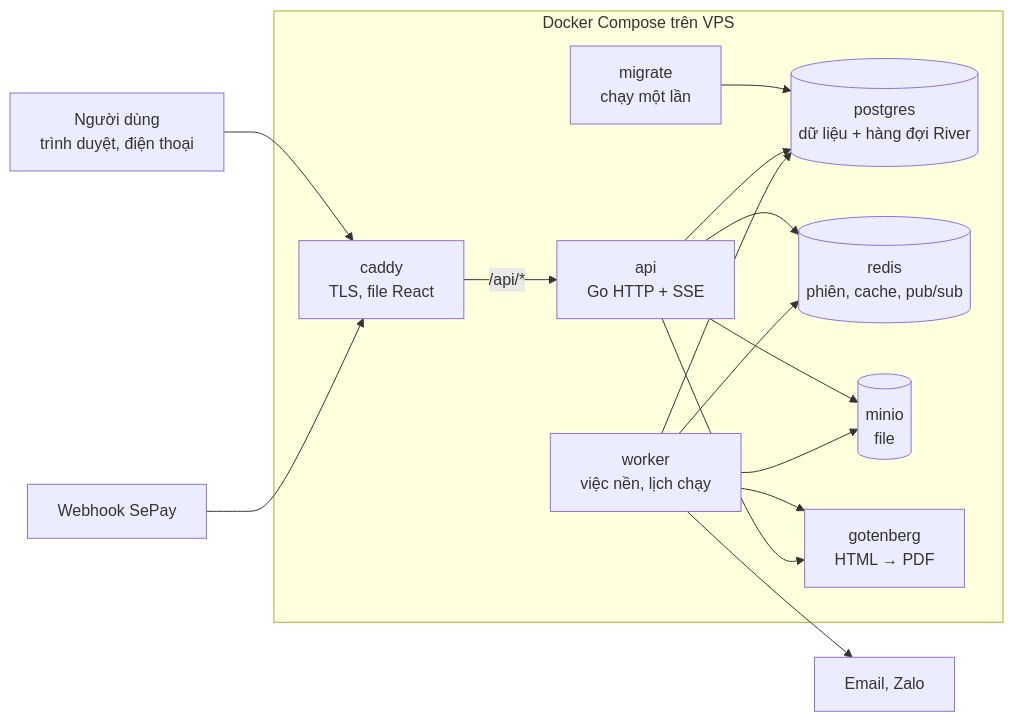
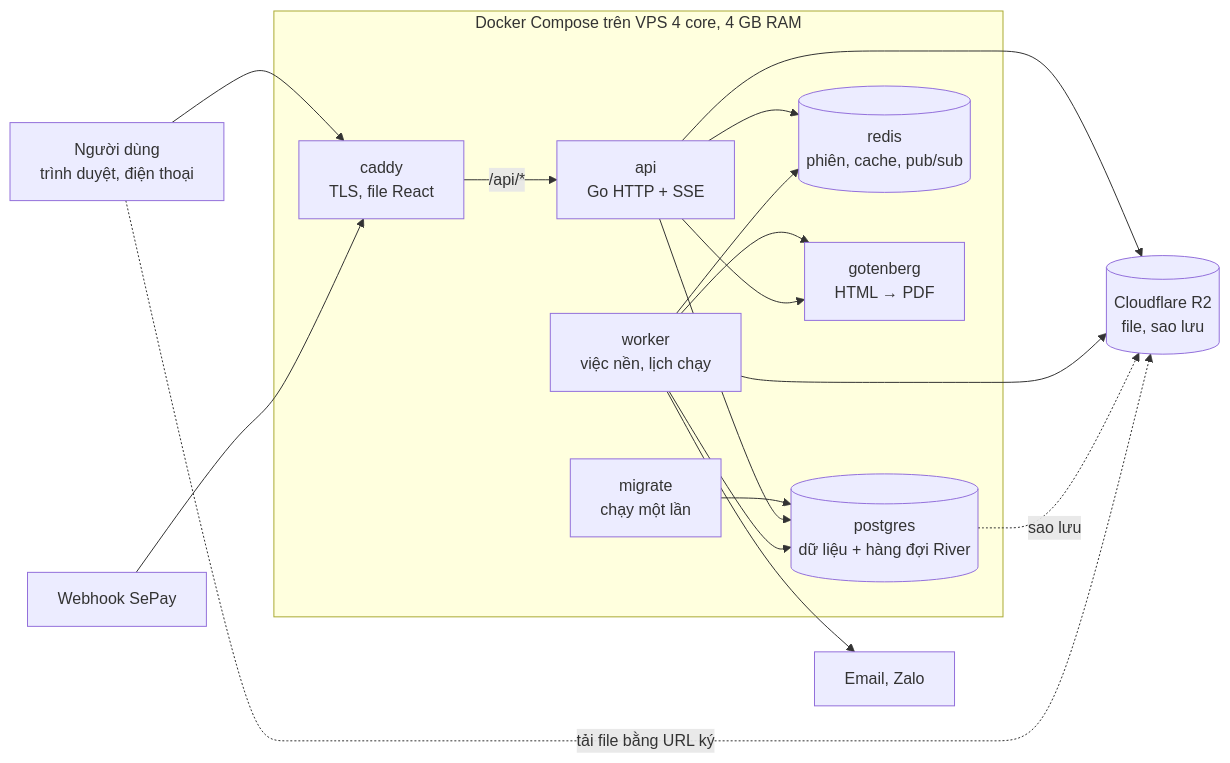
One commit to namngocngo2210/menglish-main changed the diagram in docs/thiet-ke-he-thong-moi.md. Above: the diagram before and after it, drawn with Mermaid. The commit also changed other lines of this file, not shown here.

First line of the commit message:
docs: điều chỉnh triển khai cho VPS 4 core, 4GB RAM, 30GB SSD + Cloudflare R2

````diff
--- a/docs/thiet-ke-he-thong-moi.md
+++ b/docs/thiet-ke-he-thong-moi.md
@@ -89,18 +89,20 @@
 ```mermaid
 flowchart LR
   U[Người dùng<br/>trình duyệt, điện thoại] --> C
   S[Webhook SePay] --> C
-  subgraph VPS[Docker Compose trên VPS]
+  subgraph VPS[Docker Compose trên VPS 4 core, 4 GB RAM]
     C[caddy<br/>TLS, file React] -->|/api/*| A[api<br/>Go HTTP + SSE]
     M[migrate<br/>chạy một lần] --> P
     A --> P[(postgres<br/>dữ liệu + hàng đợi River)]
     A --> R[(redis<br/>phiên, cache, pub/sub)]
-    A --> O[(minio<br/>file)]
     W[worker<br/>việc nền, lịch chạy] --> P
     W --> R
-    W --> O
     W --> G[gotenberg<br/>HTML → PDF]
     A --> G
   end
+  A --> O[(Cloudflare R2<br/>file, sao lưu)]
+  W --> O
+  P -.->|sao lưu| O
+  U -.->|tải file bằng URL ký| O
   W --> E[Email, Zalo]
 ```
````
